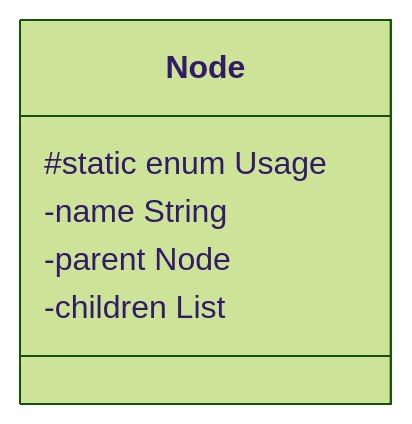
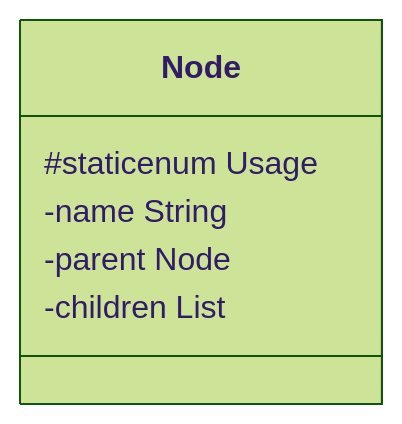
The diagram in UML1.md (Jzhyang1/Monomer), drawn with Mermaid (forest theme) before and after one commit. The commit also changed other lines of this file, not shown here.

Commit message:
UML1.md updated from https://stackedit.io/

````diff
--- a/UML1.md
+++ b/UML1.md
@@ -4,7 +4,9 @@
 ```mermaid
 classDiagram
-Node: #static enum Usage  
-Node: -name String  
-Node: -parent Node  
-Node: -children List<Node>
+class Node{
+ #staticenum Usage  
+ -name String  
+ -parent Node  
+ -children List<Node>
+}
 ```
````
